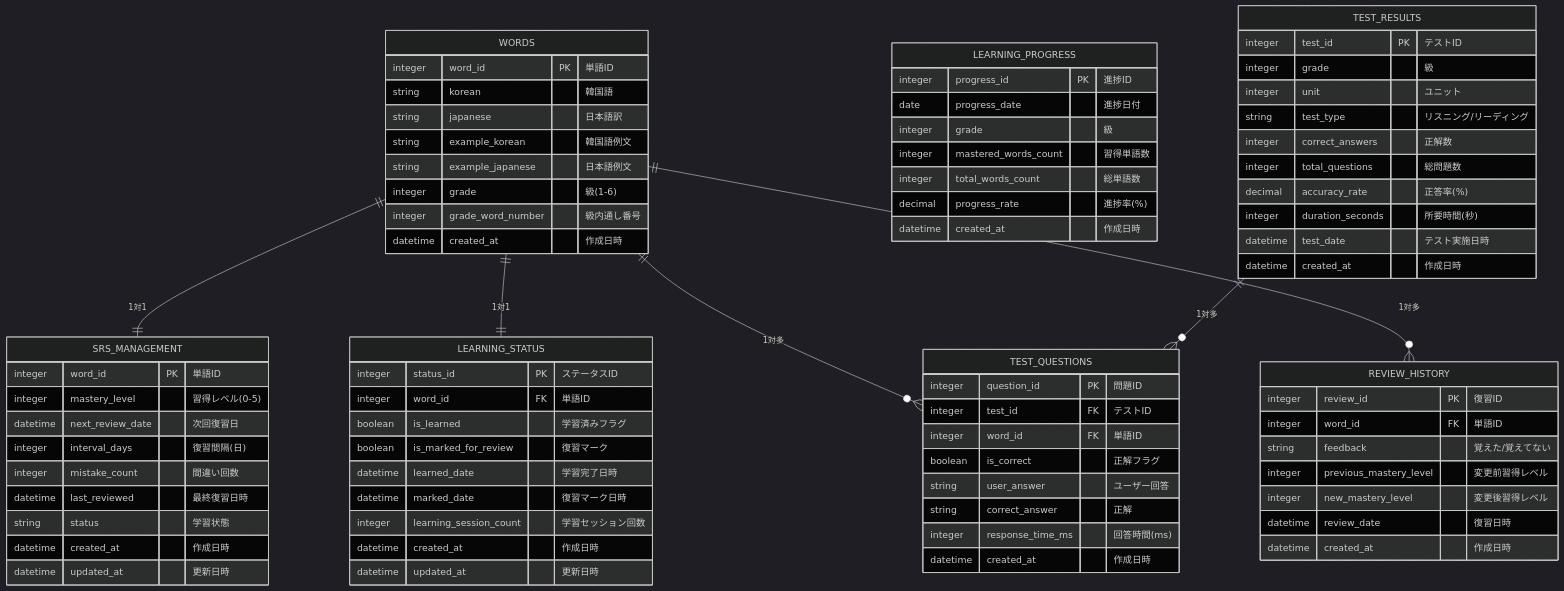
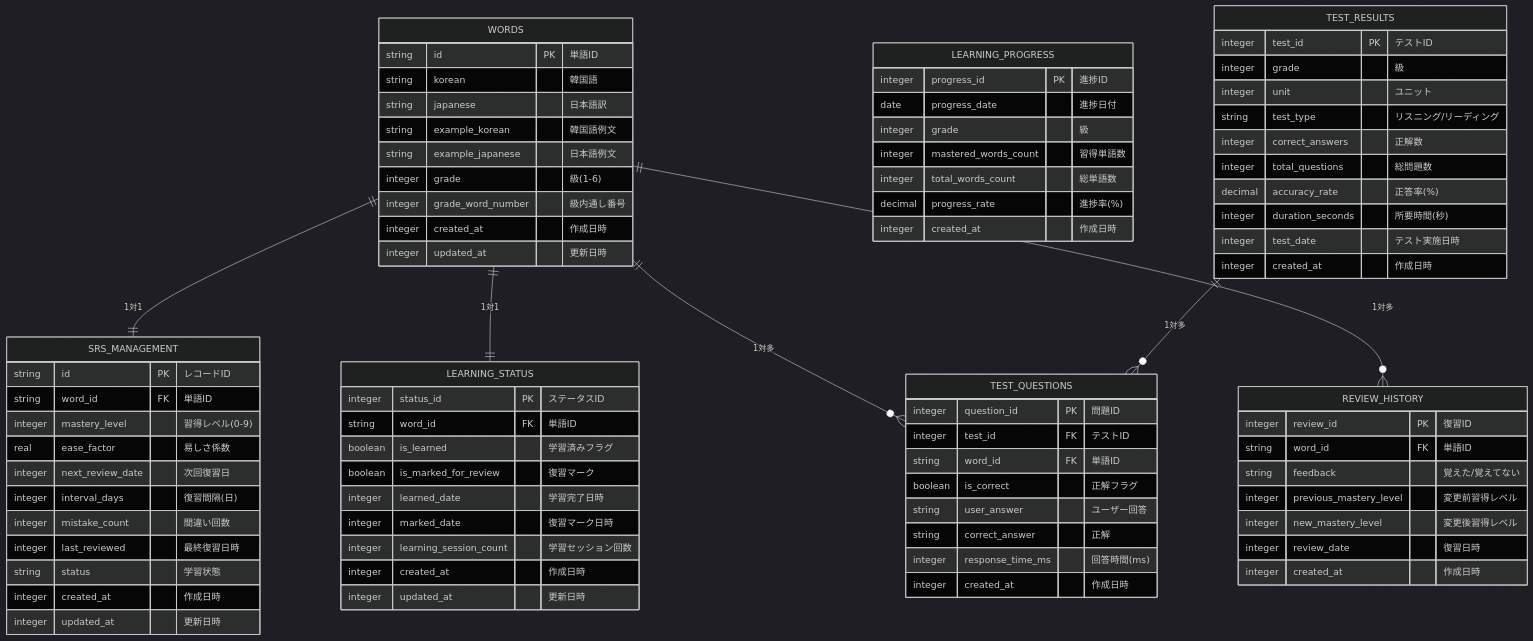
Before and after one commit to yuichkun/topik-dojo: the diagram in docs/database-design.md, drawn with Mermaid (dark theme). The commit also changed other lines of this file, not shown here.

```diff
--- a/docs/database-design.md
+++ b/docs/database-design.md
@@ -60,42 +67,45 @@
 erDiagram
     %% 語彙マスターテーブル
     WORDS {
-        integer word_id PK "単語ID"
+        string id PK "単語ID"
         string korean "韓国語"
         string japanese "日本語訳"
         string example_korean "韓国語例文"
         string example_japanese "日本語例文"
         integer grade "級(1-6)"
         integer grade_word_number "級内通し番号"
-        datetime created_at "作成日時"
+        integer created_at "作成日時"
+        integer updated_at "更新日時"
     }
     
     
     %% 学習状況テーブル
     LEARNING_STATUS {
         integer status_id PK "ステータスID"
-        integer word_id FK "単語ID"
+        string word_id FK "単語ID"
         boolean is_learned "学習済みフラグ"
         boolean is_marked_for_review "復習マーク"
-        datetime learned_date "学習完了日時"
-        datetime marked_date "復習マーク日時"
+        integer learned_date "学習完了日時"
+        integer marked_date "復習マーク日時"
         integer learning_session_count "学習セッション回数"
-        datetime created_at "作成日時"
-        datetime updated_at "更新日時"
+        integer created_at "作成日時"
+        integer updated_at "更新日時"
     }
     
     
     %% SRS管理テーブル
     SRS_MANAGEMENT {
-        integer word_id PK "単語ID"
-        integer mastery_level "習得レベル(0-5)"
-        datetime next_review_date "次回復習日"
+        string id PK "レコードID"
+        string word_id FK "単語ID"
+        integer mastery_level "習得レベル(0-9)"
+        real ease_factor "易しさ係数"
+        integer next_review_date "次回復習日"
         integer interval_days "復習間隔(日)"
         integer mistake_count "間違い回数"
-        datetime last_reviewed "最終復習日時"
+        integer last_reviewed "最終復習日時"
         string status "学習状態"
-        datetime created_at "作成日時"
-        datetime updated_at "更新日時"
+        integer created_at "作成日時"
+        integer updated_at "更新日時"
     }
     
     %% 学習進捗テーブル
@@ -106,7 +116,7 @@
         integer mastered_words_count "習得単語数"
         integer total_words_count "総単語数"
         decimal progress_rate "進捗率(%)"
-        datetime created_at "作成日時"
+        integer created_at "作成日時"
     }
     
     %% テスト結果テーブル
@@ -119,31 +129,31 @@
         integer total_questions "総問題数"
         decimal accuracy_rate "正答率(%)"
         integer duration_seconds "所要時間(秒)"
-        datetime test_date "テスト実施日時"
-        datetime created_at "作成日時"
+        integer test_date "テスト実施日時"
+        integer created_at "作成日時"
     }
     
     %% テスト問題詳細テーブル
     TEST_QUESTIONS {
         integer question_id PK "問題ID"
         integer test_id FK "テストID"
-        integer word_id FK "単語ID"
+        string word_id FK "単語ID"
         boolean is_correct "正解フラグ"
         string user_answer "ユーザー回答"
         string correct_answer "正解"
         integer response_time_ms "回答時間(ms)"
-        datetime created_at "作成日時"
+        integer created_at "作成日時"
     }
     
     %% 復習履歴テーブル
     REVIEW_HISTORY {
         integer review_id PK "復習ID"
-        integer word_id FK "単語ID"
+        string word_id FK "単語ID"
         string feedback "覚えた/覚えてない"
         integer previous_mastery_level "変更前習得レベル"
         integer new_mastery_level "変更後習得レベル"
-        datetime review_date "復習日時"
-        datetime created_at "作成日時"
+        integer review_date "復習日時"
+        integer created_at "作成日時"
     }
     
     %% リレーション
```
